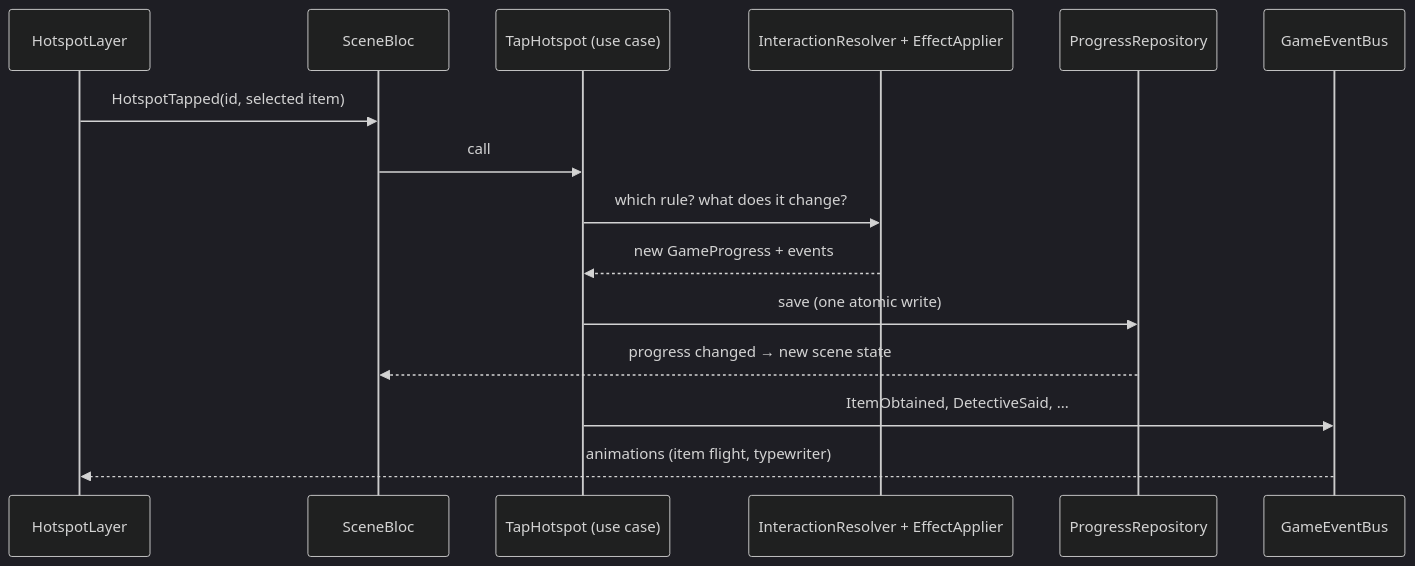
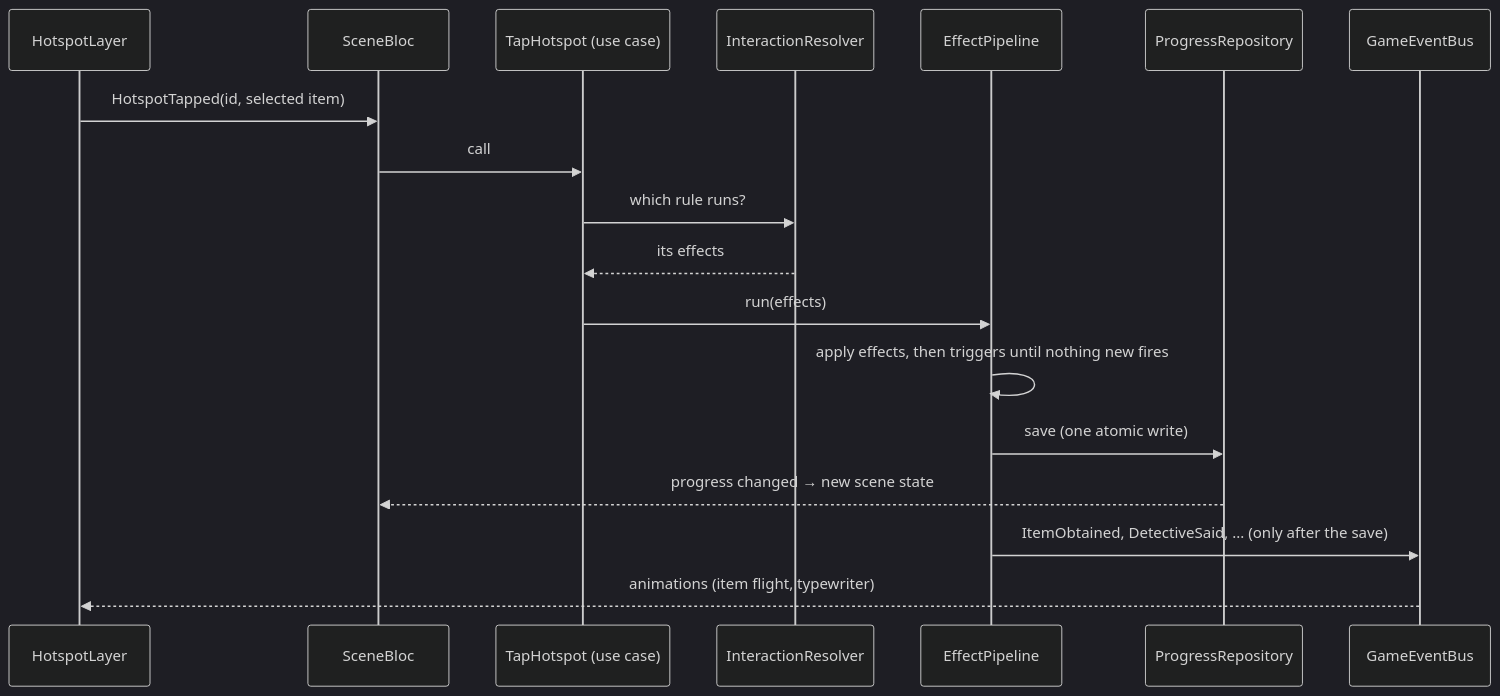
The third of 3 diagrams in README.md (asklife23/DetectiveDark), drawn with Mermaid (dark theme) before and after one commit. The commit also changed other lines of this file and 6 other files, not shown here.

````diff
--- a/README.md
+++ b/README.md
@@ -151,18 +169,21 @@
 ```mermaid
 sequenceDiagram
     participant UI as HotspotLayer
     participant Bloc as SceneBloc
     participant UC as TapHotspot (use case)
-    participant Rules as InteractionResolver + EffectApplier
+    participant Rules as InteractionResolver
+    participant Pipe as EffectPipeline
     participant Repo as ProgressRepository
     participant Bus as GameEventBus
 
     UI->>Bloc: HotspotTapped(id, selected item)
     Bloc->>UC: call
-    UC->>Rules: which rule? what does it change?
-    Rules-->>UC: new GameProgress + events
-    UC->>Repo: save (one atomic write)
+    UC->>Rules: which rule runs?
+    Rules-->>UC: its effects
+    UC->>Pipe: run(effects)
+    Pipe->>Pipe: apply effects, then triggers until nothing new fires
+    Pipe->>Repo: save (one atomic write)
     Repo-->>Bloc: progress changed → new scene state
-    UC->>Bus: ItemObtained, DetectiveSaid, ...
+    Pipe->>Bus: ItemObtained, DetectiveSaid, ... (only after the save)
     Bus-->>UI: animations (item flight, typewriter)
 ```
````
